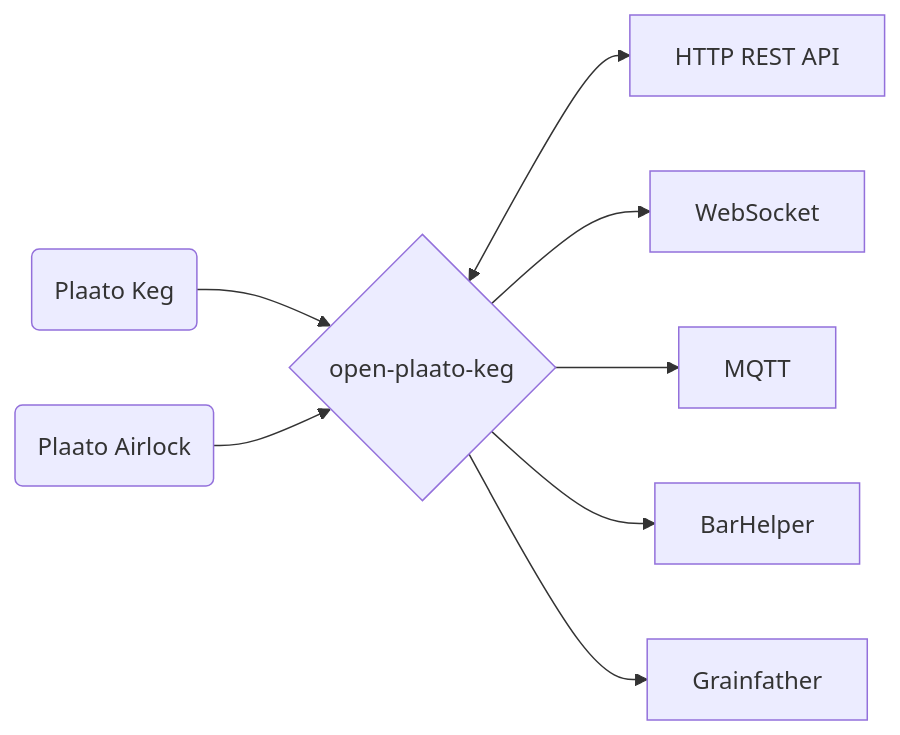
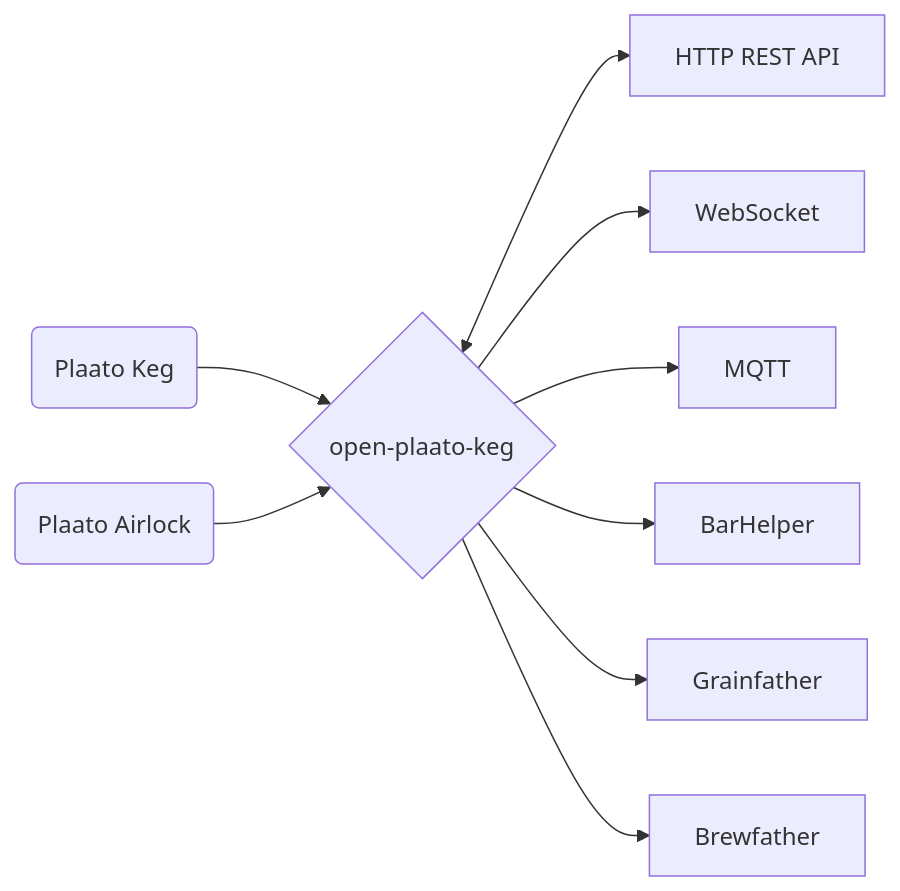
Before and after one commit to DarkJaeger/open-plaato-keg: the second of 2 diagrams in README.md, drawn with Mermaid. The commit also changed other lines of this file, not shown here.

Commit message:
docs: update README with new endpoints, keg label, unit improvements, and Brewfather

````diff
--- a/README.md
+++ b/README.md
@@ -30,10 +30,11 @@
 ```mermaid
 graph LR
     A(Plaato Keg) --> B{open-plaato-keg};
     G(Plaato Airlock) --> B;
     B <--> C[HTTP REST API];
     B --> D[WebSocket];
     B --> E[MQTT];
     B --> F[BarHelper];
     B --> H[Grainfather];
+    B --> I[Brewfather];
 ```
````
